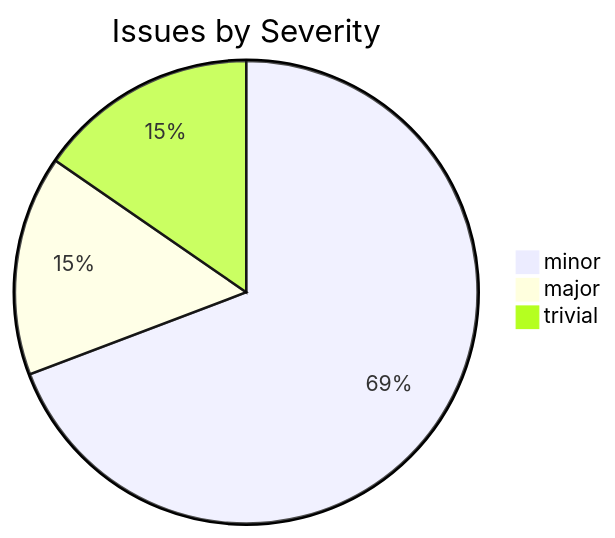
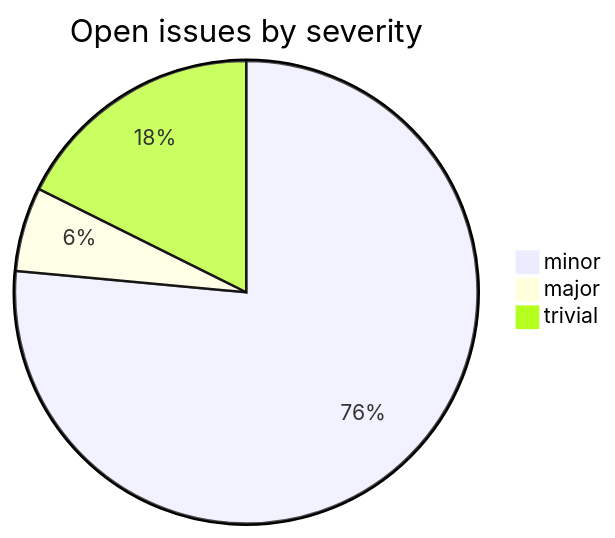
One commit to sanskrit-lexicon/hwnorm1 changed the second of 2 diagrams in README.md. Above: the diagram before and after it, drawn with Mermaid. The commit also changed other lines of this file, not shown here.

````diff
--- a/README.md
+++ b/README.md
@@ -27,6 +40,6 @@
 ```mermaid
-pie title Issues by Severity
-    "minor" : 9
-    "major" : 2
-    "trivial" : 2
+pie title Open issues by severity
+    "minor" : 13
+    "major" : 1
+    "trivial" : 3
 ```
````
